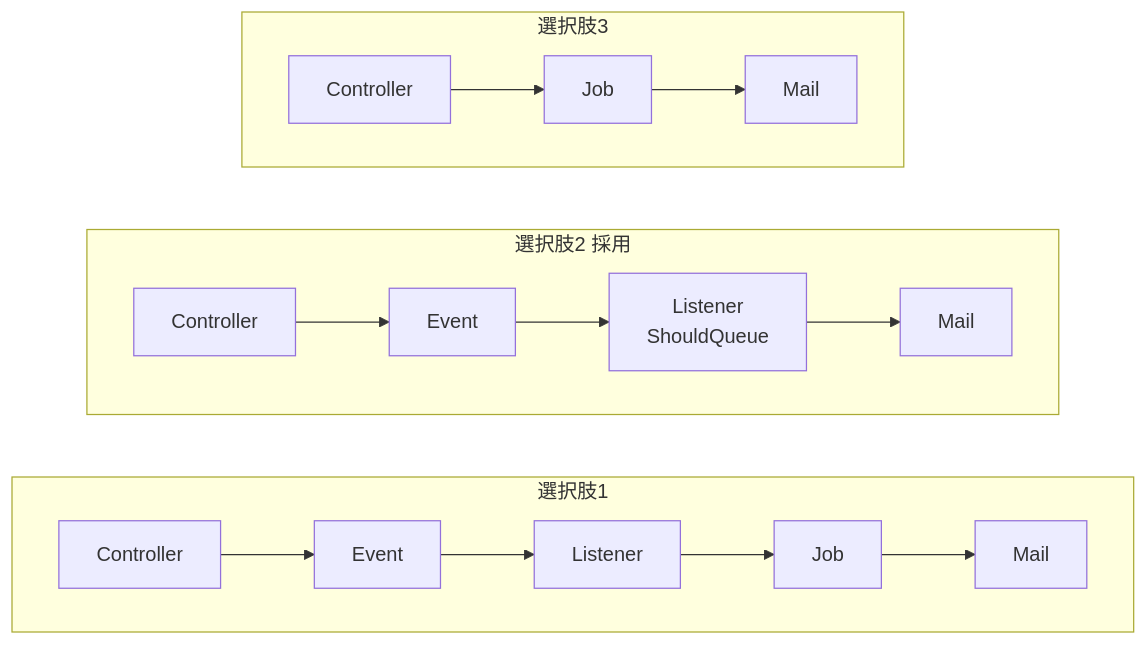
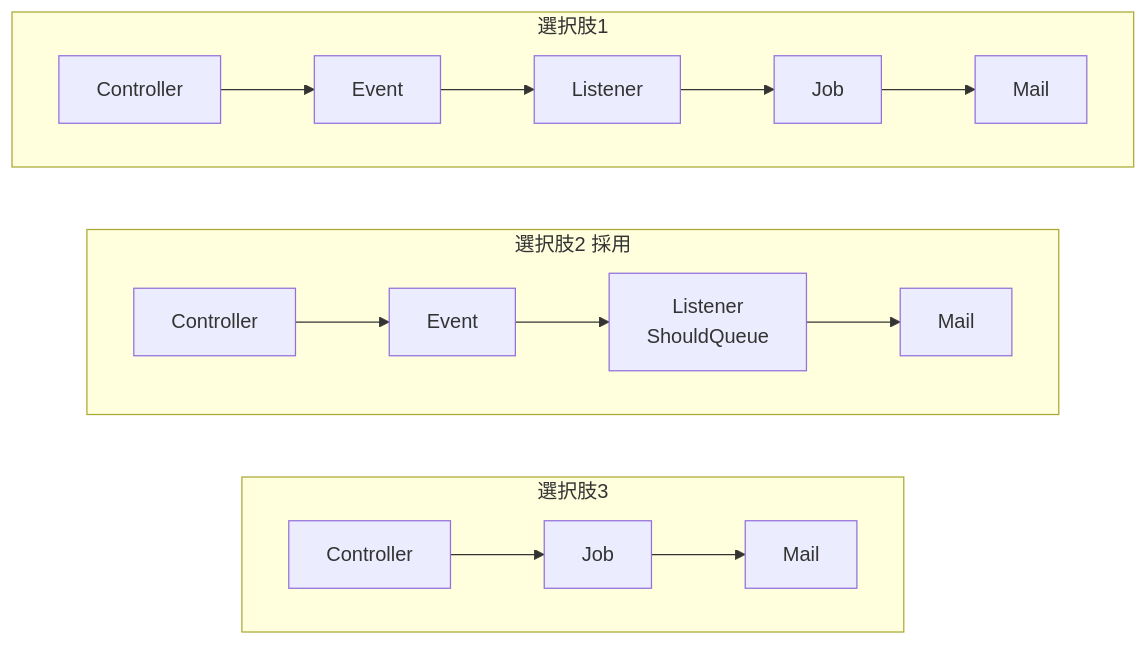
The second of 4 diagrams in articles/9af115af5b8b74.md (kou-tech/zenn), drawn with Mermaid before and after one commit. The commit also changed other lines of this file, not shown here.

````diff
--- a/articles/9af115af5b8b74.md
+++ b/articles/9af115af5b8b74.md
@@ -69,17 +69,17 @@
 ```mermaid
 flowchart LR
-    subgraph Pattern1[選択肢1]
+    subgraph Pattern3[選択肢3]
         direction LR
-        C1[Controller] --> E1[Event] --> L1[Listener] --> J1[Job] --> M1[Mail]
+        C3[Controller] --> J3[Job] --> M3[Mail]
     end
 
     subgraph Pattern2[選択肢2 採用]
         direction LR
         C2[Controller] --> E2[Event] --> L2[Listener<br>ShouldQueue] --> M2[Mail]
     end
 
-    subgraph Pattern3[選択肢3]
+    subgraph Pattern1[選択肢1]
         direction LR
-        C3[Controller] --> J3[Job] --> M3[Mail]
+        C1[Controller] --> E1[Event] --> L1[Listener] --> J1[Job] --> M1[Mail]
     end
 ```
````
